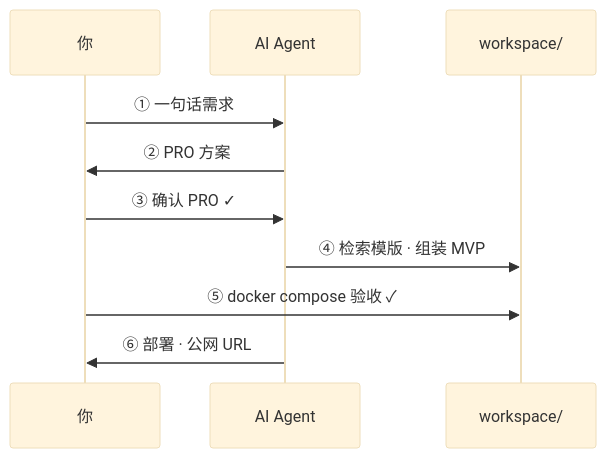
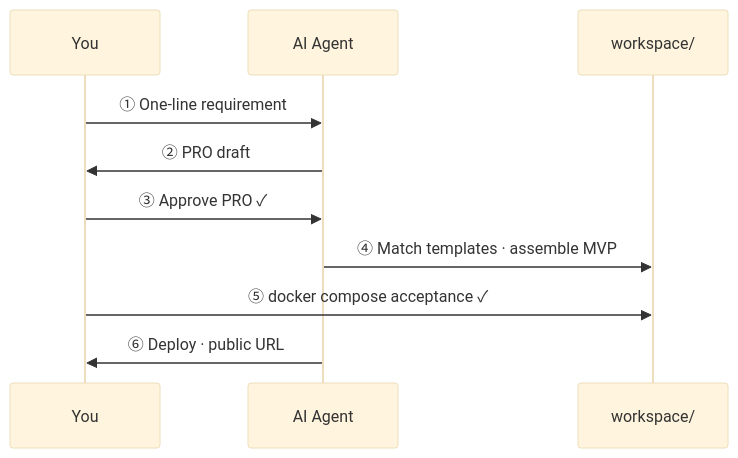
The diagram in docs/getting-started.md (LJTian/maker-flow), drawn with Mermaid (base theme) before and after one commit. The commit also changed other lines of this file and 98 other files, not shown here.

````diff
--- a/docs/getting-started.md
+++ b/docs/getting-started.md
@@ -25,13 +27,13 @@
 ```mermaid
 sequenceDiagram
-    participant U as 你
+    participant U as You
     participant A as AI Agent
     participant W as workspace/
 
-    U->>A: ① 一句话需求
-    A->>U: ② PRO 方案
-    U->>A: ③ 确认 PRO ✓
-    A->>W: ④ 检索模版 · 组装 MVP
-    U->>W: ⑤ docker compose 验收 ✓
-    A->>U: ⑥ 部署 · 公网 URL
+    U->>A: ① One-line requirement
+    A->>U: ② PRO draft
+    U->>A: ③ Approve PRO ✓
+    A->>W: ④ Match templates · assemble MVP
+    U->>W: ⑤ docker compose acceptance ✓
+    A->>U: ⑥ Deploy · public URL
 ```
````
